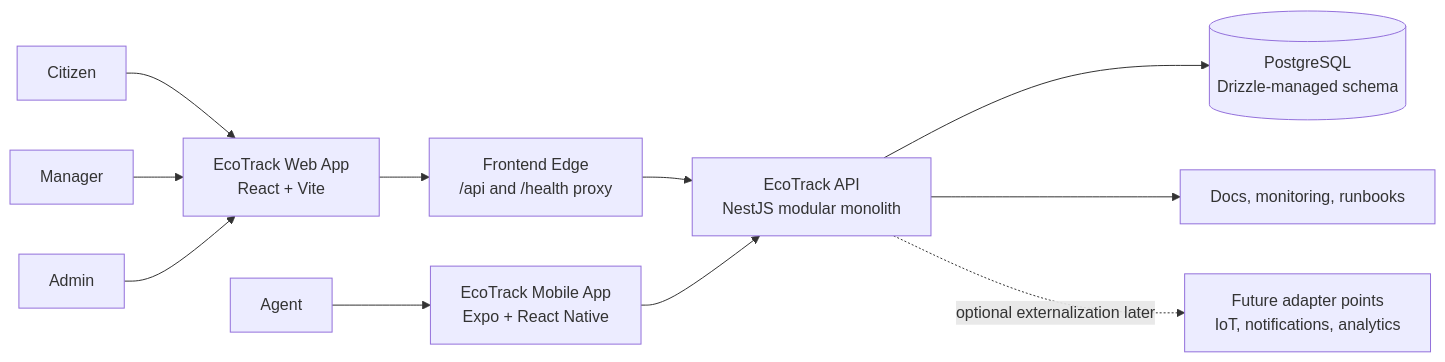
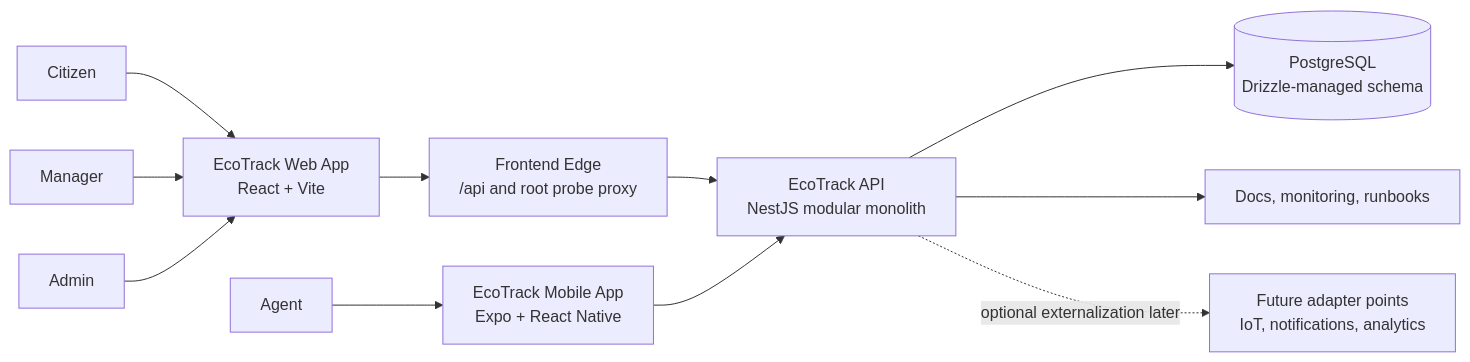
One commit to Oussamaredd/ISI-react-app1 changed the first of 3 diagrams in docs/ARCHITECTURE_OVERVIEW.md. Above: the diagram before and after it, drawn with Mermaid. The commit also changed other lines of this file and 74 other files, not shown here.

Commit message:
expand observability and quality gates with mobile report flow hardening

````diff
--- a/docs/ARCHITECTURE_OVERVIEW.md
+++ b/docs/ARCHITECTURE_OVERVIEW.md
@@ -68,25 +68,25 @@
 ```mermaid
 flowchart LR
   Citizen[Citizen]
   Agent[Agent]
   Manager[Manager]
   Admin[Admin]
   Web[EcoTrack Web App\nReact + Vite]
   Mobile[EcoTrack Mobile App\nExpo + React Native]
-  Edge[Frontend Edge\n/api and /health proxy]
+  Edge[Frontend Edge\n/api and root probe proxy]
   API[EcoTrack API\nNestJS modular monolith]
   DB[(PostgreSQL\nDrizzle-managed schema)]
   Ops[Docs, monitoring, runbooks]
   Future[Future adapter points\nIoT, notifications, analytics]
 
   Citizen --> Web
   Manager --> Web
   Admin --> Web
   Agent --> Mobile
   Web --> Edge
   Edge --> API
   Mobile --> API
   API --> DB
   API --> Ops
   API -. optional externalization later .-> Future
 ```
````
